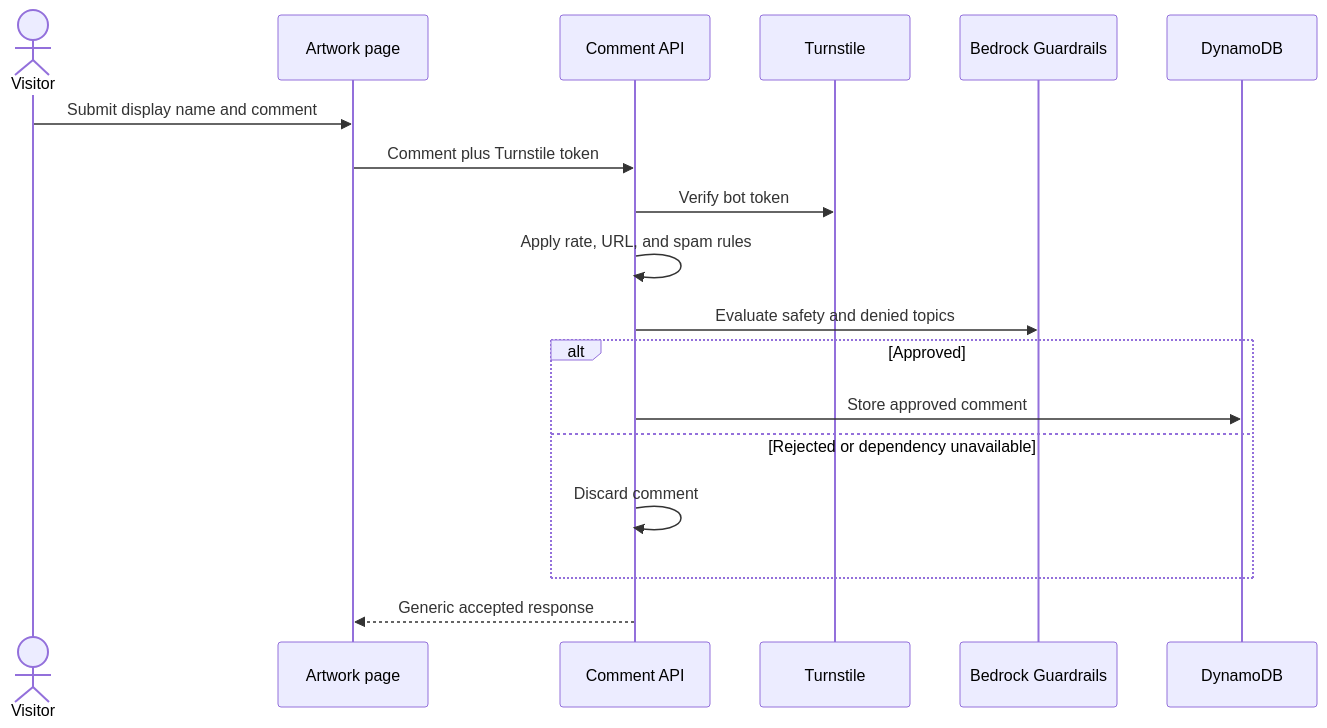
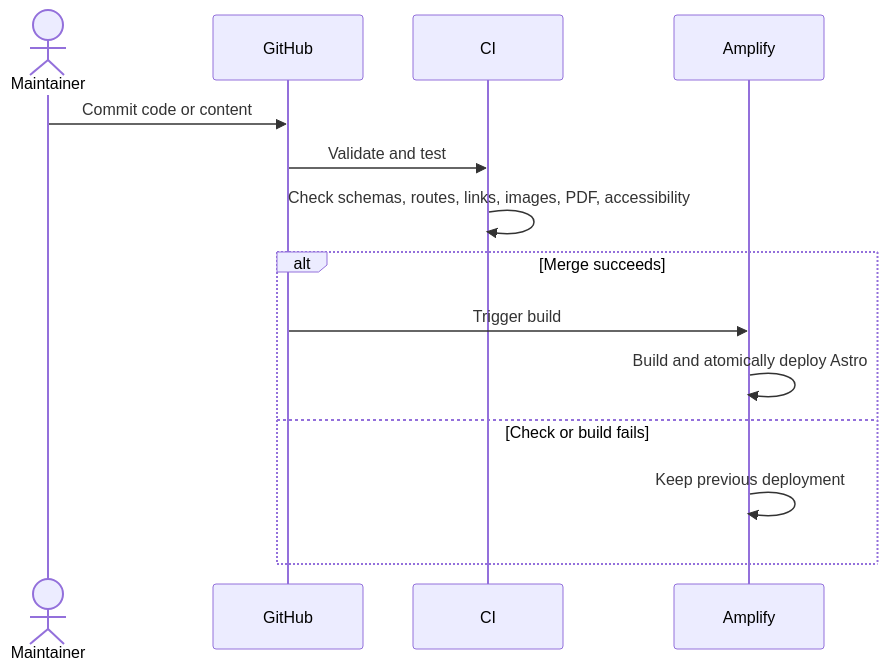
One commit to ybalenko/artist-portfolio-website changed the third of 3 diagrams in HIGH_LEVEL_DESIGN.md. Above: the diagram before and after it, drawn with Mermaid. The commit also changed other lines of this file and 3 other files, not shown here.

````diff
--- a/HIGH_LEVEL_DESIGN.md
+++ b/HIGH_LEVEL_DESIGN.md
@@ -344,21 +174,17 @@
 ```mermaid
 sequenceDiagram
-    actor V as Visitor
-    participant UI as Artwork page
-    participant API as Comment API
-    participant T as Turnstile
-    participant B as Bedrock Guardrails
-    participant DB as DynamoDB
+    actor M as Maintainer
+    participant G as GitHub
+    participant CI as CI
+    participant A as Amplify
 
-    V->>UI: Submit display name and comment
-    UI->>API: Comment plus Turnstile token
-    API->>T: Verify bot token
-    API->>API: Apply rate, URL, and spam rules
-    API->>B: Evaluate safety and denied topics
-    alt Approved
-        API->>DB: Store approved comment
-    else Rejected or dependency unavailable
-        API->>API: Discard comment
+    M->>G: Commit code or content
+    G->>CI: Validate and test
+    CI->>CI: Check schemas, routes, links, images, PDF, accessibility
+    alt Merge succeeds
+        G->>A: Trigger build
+        A->>A: Build and atomically deploy Astro
+    else Check or build fails
+        A->>A: Keep previous deployment
     end
-    API-->>UI: Generic accepted response
 ```
````
